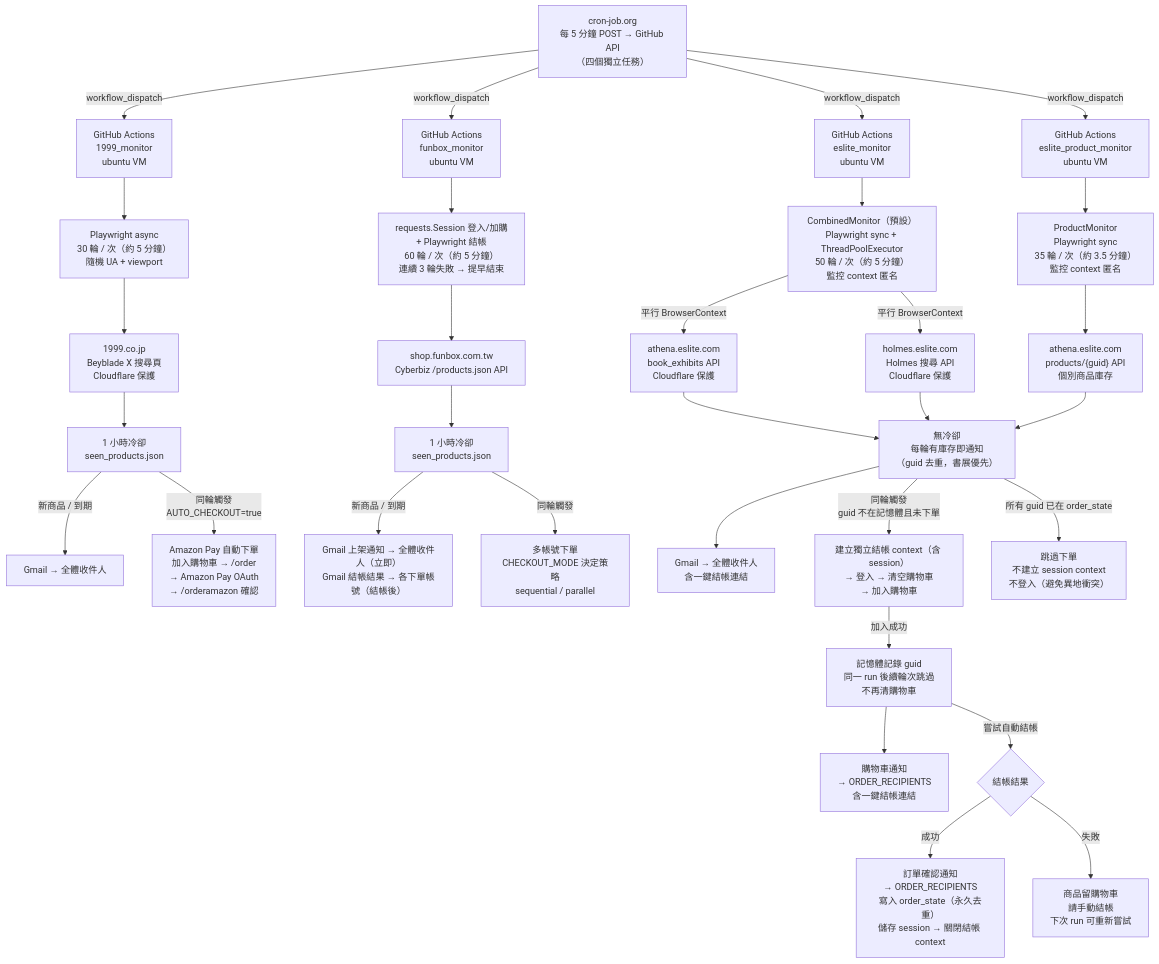
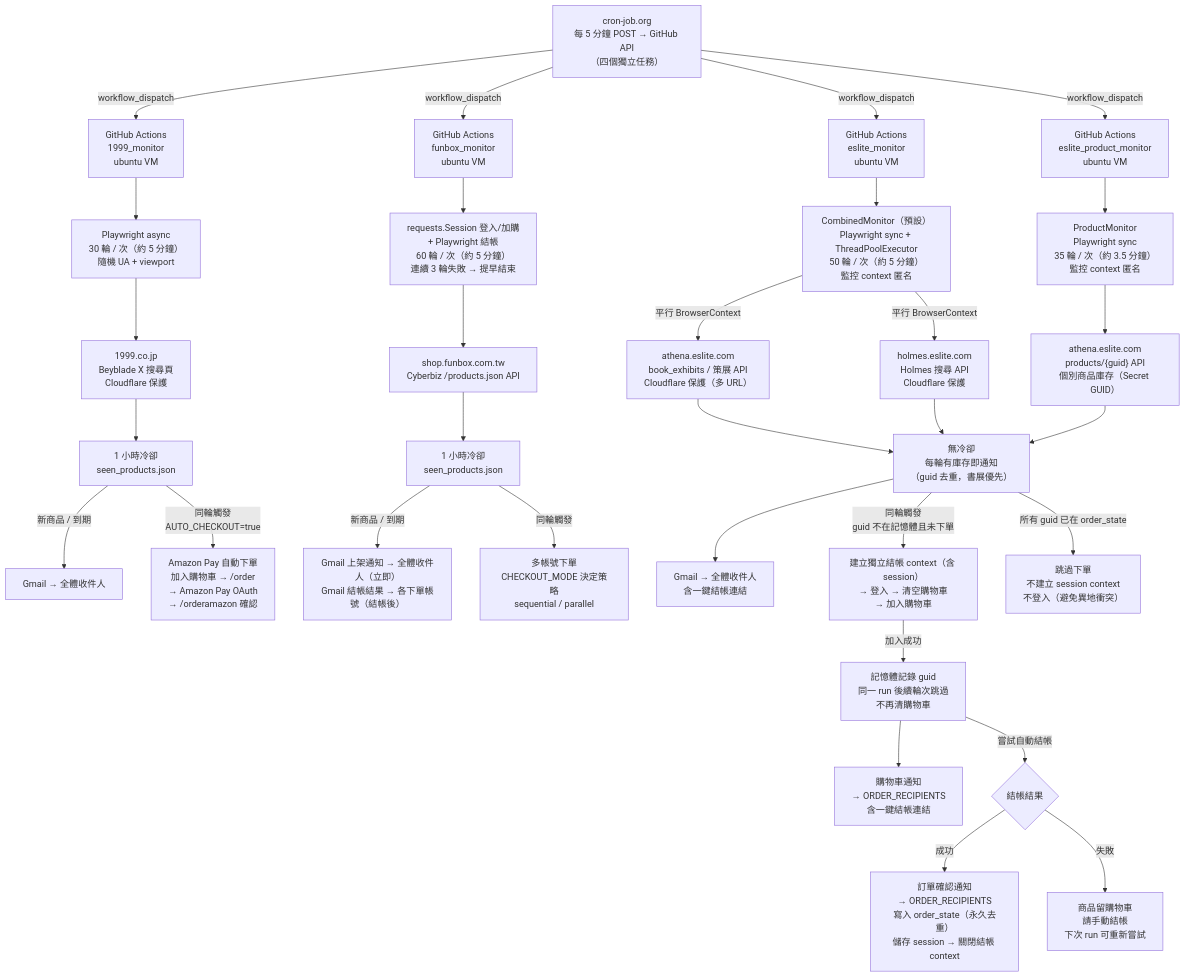
One commit to k0341055/beyblade-funbox-monitor changed the diagram in README.md. Above: the diagram before and after it, drawn with Mermaid. The commit also changed other lines of this file and 2 other files, not shown here.

First line of the commit message:
refactor(eslite): ESLITE_EXTRA_PRODUCTS 改回 Secret，備註只顯示商品名稱，更新 README

````diff
--- a/README.md
+++ b/README.md
@@ -16,41 +16,41 @@
 ```mermaid
 flowchart TD
     CRON["cron-job.org\n每 5 分鐘 POST → GitHub API\n（四個獨立任務）"]
 
     CRON -->|workflow_dispatch| GA1["GitHub Actions\n1999_monitor\nubuntu VM"]
     CRON -->|workflow_dispatch| GA2["GitHub Actions\nfunbox_monitor\nubuntu VM"]
     CRON -->|workflow_dispatch| GA3["GitHub Actions\neslite_monitor\nubuntu VM"]
     CRON -->|workflow_dispatch| GA4["GitHub Actions\neslite_product_monitor\nubuntu VM"]
 
     GA1 --> PW1["Playwright async\n30 輪 / 次（約 5 分鐘）\n隨機 UA + viewport"]
     GA2 --> REQ["requests.Session 登入/加購\n+ Playwright 結帳\n60 輪 / 次（約 5 分鐘）\n連續 3 輪失敗 → 提早結束"]
     GA3 --> PW3["CombinedMonitor（預設）\nPlaywright sync + ThreadPoolExecutor\n50 輪 / 次（約 5 分鐘）\n監控 context 匿名"]
     GA4 --> PW4["ProductMonitor\nPlaywright sync\n35 輪 / 次（約 3.5 分鐘）\n監控 context 匿名"]
 
     PW1 --> SITE1["1999.co.jp\nBeyblade X 搜尋頁\nCloudflare 保護"]
     REQ --> SITE2["shop.funbox.com.tw\nCyberbiz /products.json API"]
-    PW3 -->|平行 BrowserContext| SITE3A["athena.eslite.com\nbook_exhibits API\nCloudflare 保護"]
+    PW3 -->|平行 BrowserContext| SITE3A["athena.eslite.com\nbook_exhibits / 策展 API\nCloudflare 保護（多 URL）"]
     PW3 -->|平行 BrowserContext| SITE3B["holmes.eslite.com\nHolmes 搜尋 API\nCloudflare 保護"]
-    PW4 --> SITE4["athena.eslite.com\nproducts/{guid} API\n個別商品庫存"]
+    PW4 --> SITE4["athena.eslite.com\nproducts/{guid} API\n個別商品庫存（Secret GUID）"]
 
     SITE1 --> COOL1["1 小時冷卻\nseen_products.json"]
     SITE2 --> COOL2["1 小時冷卻\nseen_products.json"]
     SITE3A --> NOCD["無冷卻\n每輪有庫存即通知\n（guid 去重，書展優先）"]
     SITE3B --> NOCD
     SITE4 --> NOCD
 
     COOL1 -->|新商品 / 到期| MAIL1["Gmail → 全體收件人"]
     COOL1 -->|同輪觸發\nAUTO_CHECKOUT=true| BUY1["Amazon Pay 自動下單\n加入購物車 → /order\n→ Amazon Pay OAuth\n→ /orderamazon 確認"]
     COOL2 -->|新商品 / 到期| MAIL2["Gmail 上架通知 → 全體收件人（立即）\nGmail 結帳結果 → 各下單帳號（結帳後）"]
     NOCD --> MAIL3["Gmail → 全體收件人\n含一鍵結帳連結"]
 
     COOL2 -->|同輪觸發| BUY["多帳號下單\nCHECKOUT_MODE 決定策略\nsequential / parallel"]
     NOCD -->|同輪觸發\nguid 不在記憶體且未下單| ECART["建立獨立結帳 context（含 session）\n→ 登入 → 清空購物車\n→ 加入購物車"]
     NOCD -->|所有 guid 已在 order_state| SKIP["跳過下單\n不建立 session context\n不登入（避免異地衝突）"]
 
     ECART -->|加入成功| CPEND["記憶體記錄 guid\n同一 run 後續輪次跳過\n不再清購物車"]
     CPEND --> CNOTIF["購物車通知\n→ ORDER_RECIPIENTS\n含一鍵結帳連結"]
     CPEND -->|嘗試自動結帳| CHECKOUT{"結帳結果"}
     CHECKOUT -->|成功| ONOTIF["訂單確認通知\n→ ORDER_RECIPIENTS\n寫入 order_state（永久去重）\n儲存 session → 關閉結帳 context"]
     CHECKOUT -->|失敗| MANUAL["商品留購物車\n請手動結帳\n下次 run 可重新嘗試"]
 ```
````
